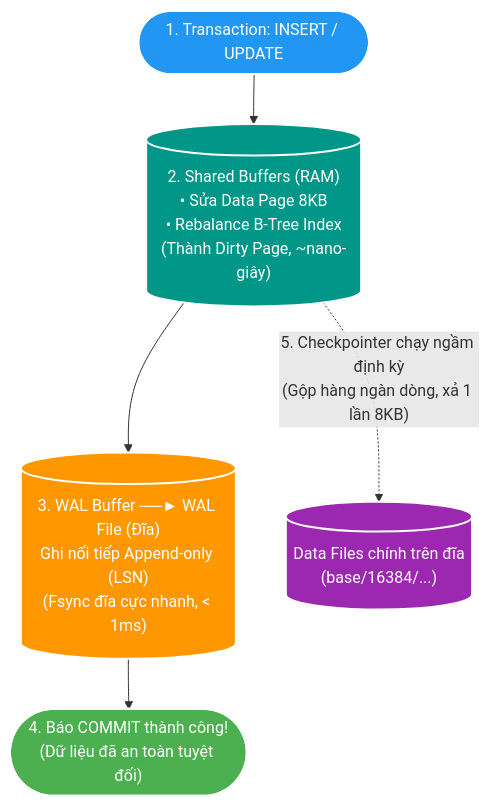
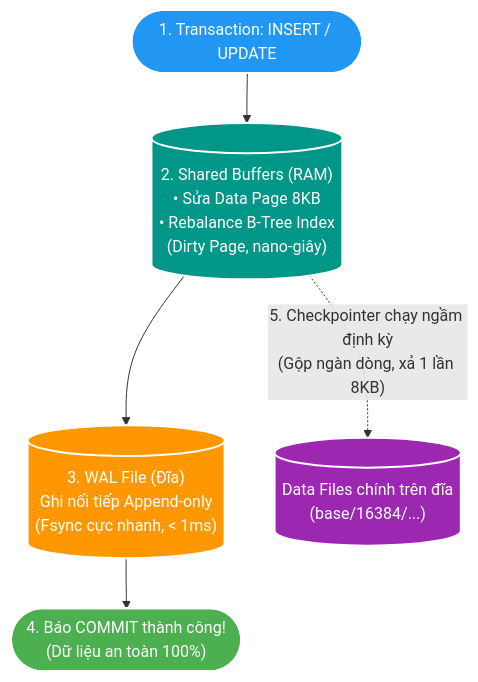
One commit to HungPhan200591/file-mngt-be-v2 changed the second of 4 diagrams in manual/learning/deep-dive/write-ahead-logging/01-wal-and-storage-engine-internals.md. Above: the diagram before and after it, drawn with Mermaid. The commit also changed other lines of this file, not shown here.

````diff
--- a/manual/learning/deep-dive/write-ahead-logging/01-wal-and-storage-engine-internals.md
+++ b/manual/learning/deep-dive/write-ahead-logging/01-wal-and-storage-engine-internals.md
@@ -47,17 +47,17 @@
 ```mermaid
 flowchart TD
     REQ(["1. Transaction: INSERT / UPDATE"]) 
-    --> RAM[("<font color='white'>2. Shared Buffers (RAM)<br/>• Sửa Data Page 8KB<br/>• Rebalance B-Tree Index<br/>(Thành Dirty Page, ~nano-giây)</font>")]
+    --> RAM[("2. Shared Buffers (RAM)<br/>• Sửa Data Page 8KB<br/>• Rebalance B-Tree Index<br/>(Dirty Page, nano-giây)")]
 
-    RAM --> WAL[("<font color='white'>3. WAL Buffer ──► WAL File (Đĩa)<br/>Ghi nối tiếp Append-only (LSN)<br/>(Fsync đĩa cực nhanh, &lt; 1ms)</font>")]
+    RAM --> WAL[("3. WAL File (Đĩa)<br/>Ghi nối tiếp Append-only<br/>(Fsync cực nhanh, &lt; 1ms)")]
 
-    WAL --> COMMIT(["4. Báo COMMIT thành công!<br/>(Dữ liệu đã an toàn tuyệt đối)"])
+    WAL --> COMMIT(["4. Báo COMMIT thành công!<br/>(Dữ liệu an toàn 100%)"])
 
-    RAM -.->|"5. Checkpointer chạy ngầm định kỳ<br/>(Gộp hàng ngàn dòng, xả 1 lần 8KB)"| DATA_FILES[("<font color='white'>Data Files chính trên đĩa<br/>(base/16384/...)</font>")]
+    RAM -.->|"5. Checkpointer chạy ngầm định kỳ<br/>(Gộp ngàn dòng, xả 1 lần 8KB)"| DATA_FILES[("Data Files chính trên đĩa<br/>(base/16384/...)")]
 
     style REQ fill:#2196F3,stroke:#fff,stroke-width:2px,color:#fff
     style RAM fill:#009688,stroke:#fff,stroke-width:2px,color:#fff
     style WAL fill:#FF9800,stroke:#fff,stroke-width:2px,color:#fff
     style COMMIT fill:#4CAF50,stroke:#fff,stroke-width:2px,color:#fff
     style DATA_FILES fill:#9C27B0,stroke:#fff,stroke-width:2px,color:#fff
 ```
````
